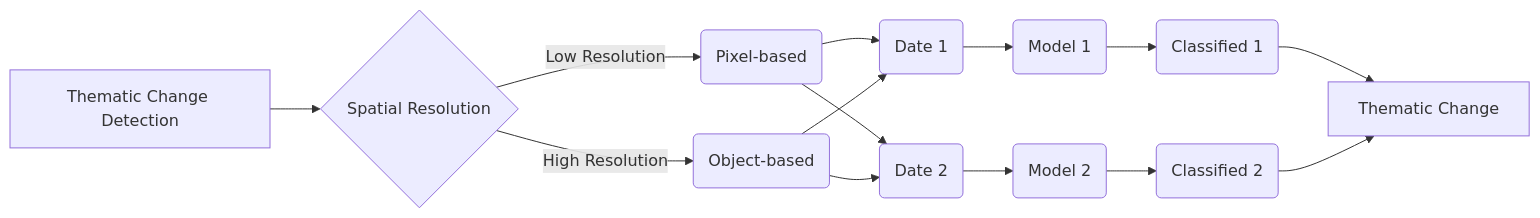
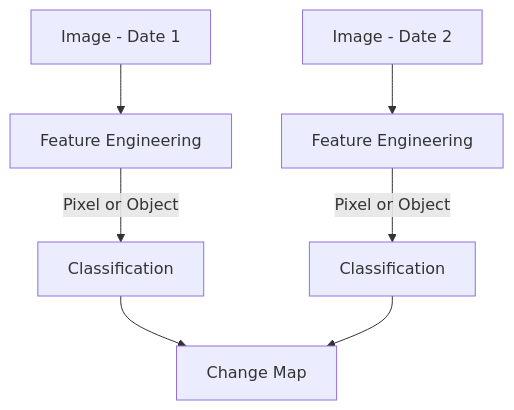
Before and after one commit to ncsu-geoforall-lab/gis-584-uas-course: the diagram in course/topics/topic_6_change_detection/lectures/lecture_6a.qmd, drawn with Mermaid. The commit also changed other lines of this file and 7 other files, not shown here.

````diff
--- a/course/topics/topic_6_change_detection/lectures/lecture_6a.qmd
+++ b/course/topics/topic_6_change_detection/lectures/lecture_6a.qmd
@@ -220,16 +295,13 @@
 ```{mermaid}
-flowchart LR
-  A[Thematic Change Detection] --> B{Spatial Resolution}
-  B -- Low Resolution --> C(Pixel-based)
-  B -- High Resolution --> D(Object-based)
-  C --> I1(Date 1)
-  C --> I2(Date 2)
-  D --> I1
-  D --> I2
-  I1 --> M1(Model 1)
-  I2 --> M2(Model 2)
-  M1 --> C1(Classified 1)
-  M2 --> C2(Classified 2)
-  C1 --> T[Thematic Change]
-  C2 --> T
+
+flowchart TB
+  A[Image - Date 1]
+  B[Image - Date 2]
+  A --> AF[Feature Engineering]
+  B --> BF[Feature Engineering]
+  AF -- Pixel or Object --> AC[Classification]
+  BF -- Pixel or Object --> BC[Classification]
+  AC --> CM[Change Map]
+  BC --> CM
+
 ```
````
